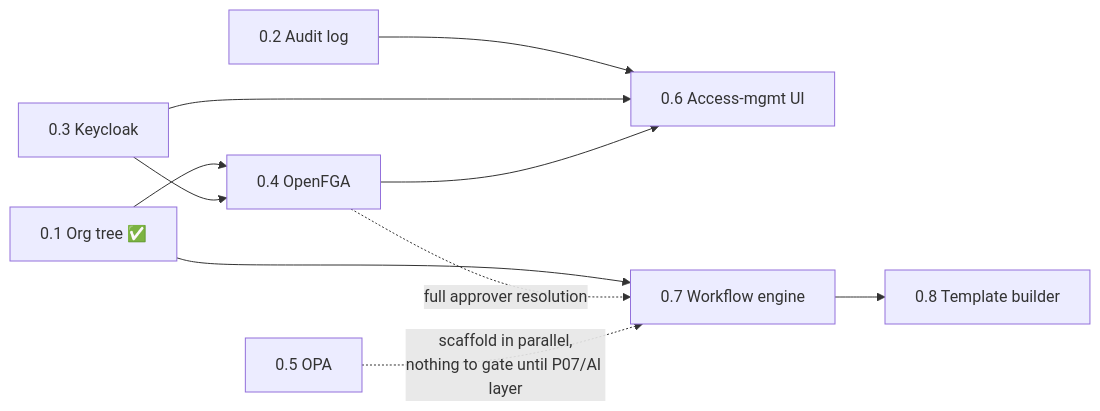
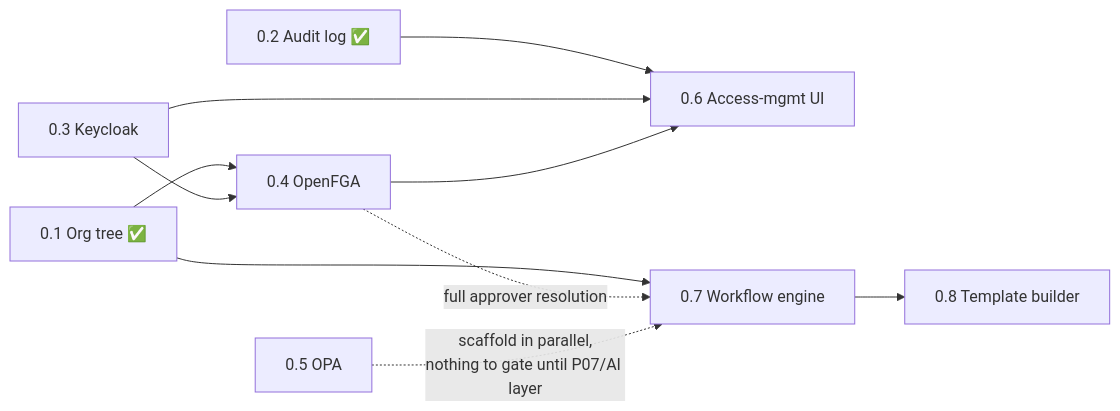
One commit to Digizone-lk/AstrynoxERP-backend changed the diagram in docs/implementation-plan.md. Above: the diagram before and after it, drawn with Mermaid. The commit also changed other lines of this file and 6 other files, not shown here.

````diff
--- a/docs/implementation-plan.md
+++ b/docs/implementation-plan.md
@@ -134,21 +138,21 @@
 ```mermaid
 flowchart LR
     P01["0.1 Org tree ✅"]
-    P02["0.2 Audit log"]
+    P02["0.2 Audit log ✅"]
     P03["0.3 Keycloak"]
     P04["0.4 OpenFGA"]
     P05["0.5 OPA"]
     P06["0.6 Access-mgmt UI"]
     P07["0.7 Workflow engine"]
     P08["0.8 Template builder"]
 
     P01 --> P04
     P01 --> P07
     P03 --> P04
     P02 --> P06
     P03 --> P06
     P04 --> P06
     P04 -.->|"full approver resolution"| P07
     P07 --> P08
     P05 -.->|"scaffold in parallel,<br/>nothing to gate until P07/AI layer"| P07
 ```
````
